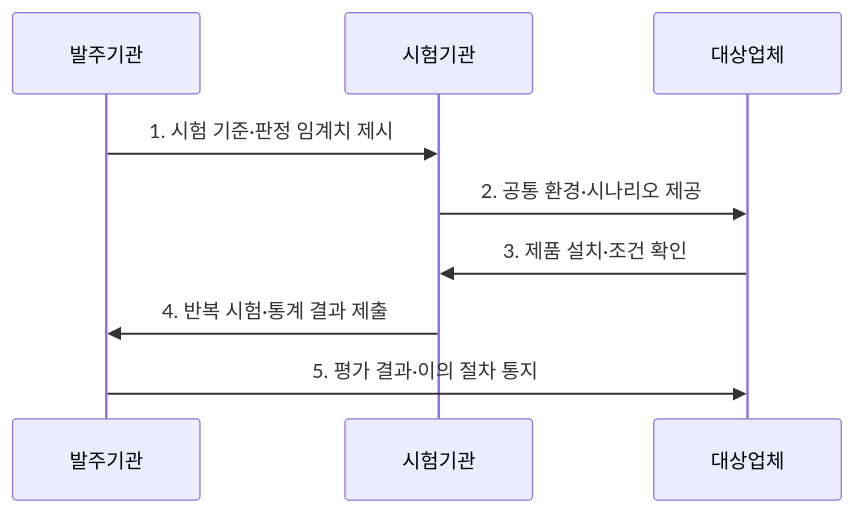
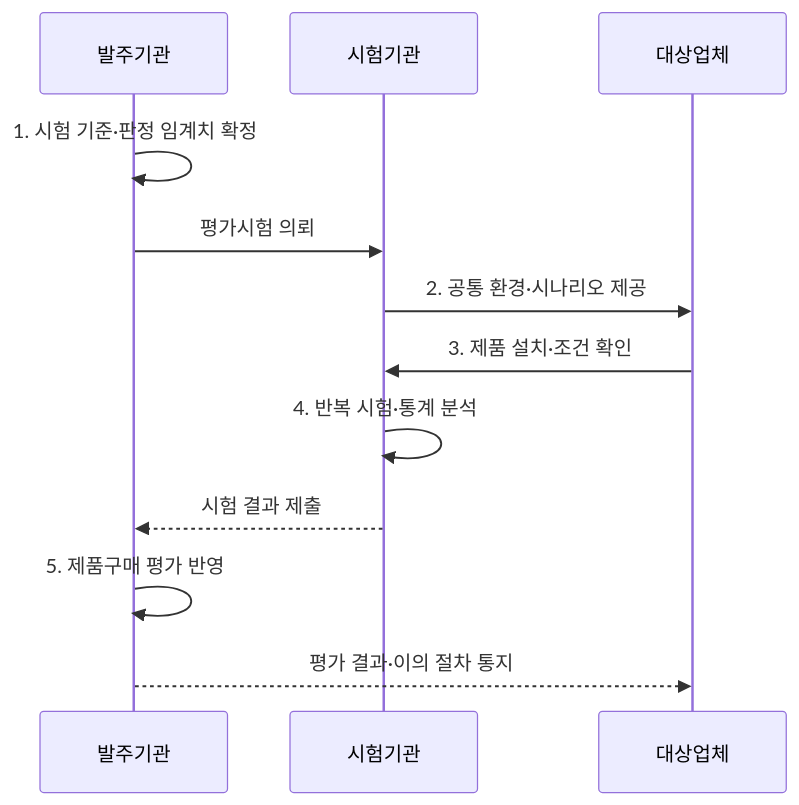
The second of 2 diagrams in src/content/docs/notes/07-law-policy/020_bmt_benchmark_test.md (agnusdei1207/knowledge-base), drawn with Mermaid before and after one commit. The commit also changed other lines of this file and 20 other files, not shown here.

````diff
--- a/src/content/docs/notes/07-law-policy/020_bmt_benchmark_test.md
+++ b/src/content/docs/notes/07-law-policy/020_bmt_benchmark_test.md
@@ -81,11 +79,14 @@
 ```mermaid
 sequenceDiagram
     participant 발주기관
     participant 시험기관
     participant 대상업체
-    발주기관->>시험기관: 1. 시험 기준·판정 임계치 제시
+    발주기관->>발주기관: 1. 시험 기준·판정 임계치 확정
+    발주기관->>시험기관: 평가시험 의뢰
     시험기관->>대상업체: 2. 공통 환경·시나리오 제공
     대상업체->>시험기관: 3. 제품 설치·조건 확인
-    시험기관->>발주기관: 4. 반복 시험·통계 결과 제출
-    발주기관->>대상업체: 5. 평가 결과·이의 절차 통지
+    시험기관->>시험기관: 4. 반복 시험·통계 분석
+    시험기관-->>발주기관: 시험 결과 제출
+    발주기관->>발주기관: 5. 제품구매 평가 반영
+    발주기관-->>대상업체: 평가 결과·이의 절차 통지
 ```
````
